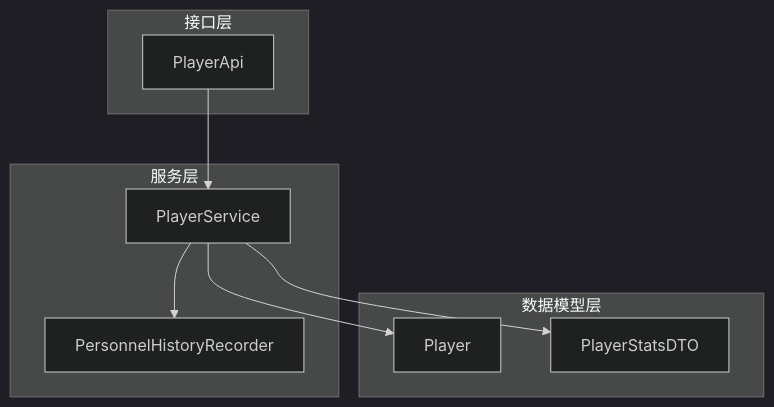
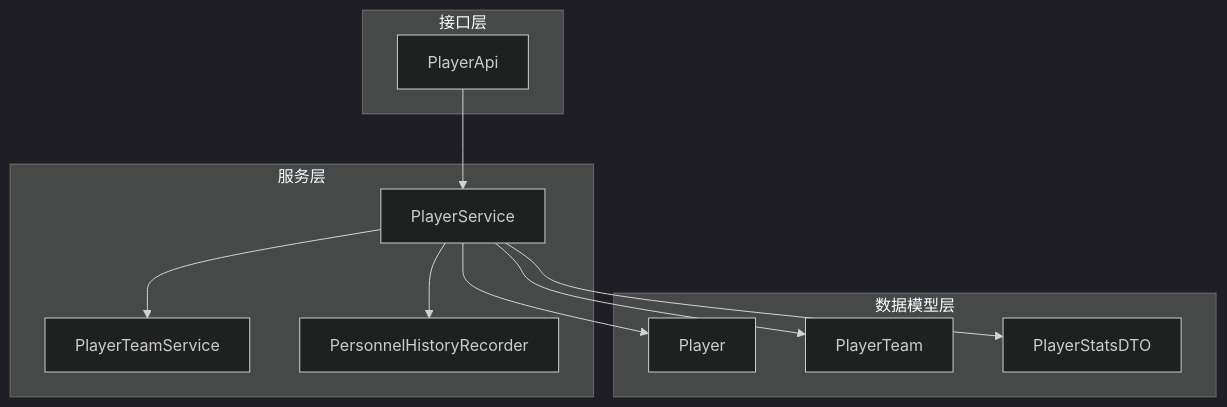
The first of 7 diagrams in docs/tech/数据模型设计/核心业务实体/球员实体(Player).md (skvan/bsdone), drawn with Mermaid (dark theme) before and after one commit. The commit also changed other lines of this file and 17 other files, not shown here.

````diff
--- a/docs/tech/数据模型设计/核心业务实体/球员实体(Player).md
+++ b/docs/tech/数据模型设计/核心业务实体/球员实体(Player).md
@@ -25,18 +27,22 @@
 ```mermaid
 graph TB
 subgraph "接口层"
 API["PlayerApi"]
 end
 subgraph "服务层"
 SVC["PlayerService"]
+PTS["PlayerTeamService"]
 REC["PersonnelHistoryRecorder"]
 end
 subgraph "数据模型层"
 ENT["Player"]
+PTE["PlayerTeam"]
 DTO["PlayerStatsDTO"]
 end
 API --> SVC
 SVC --> ENT
+SVC --> PTE
 SVC --> DTO
 SVC --> REC
+SVC --> PTS
 ```
````
